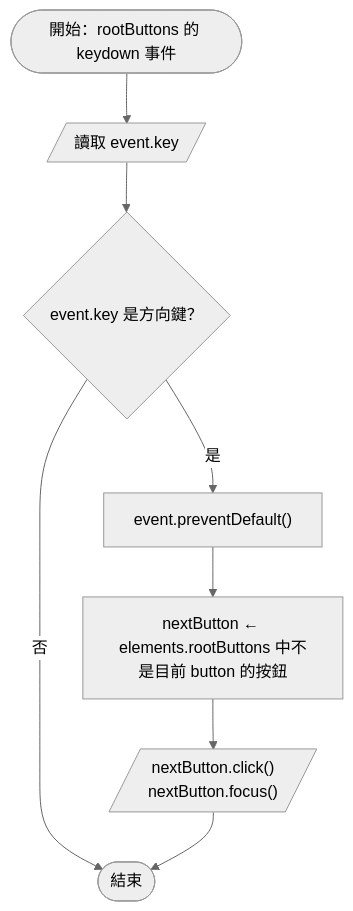
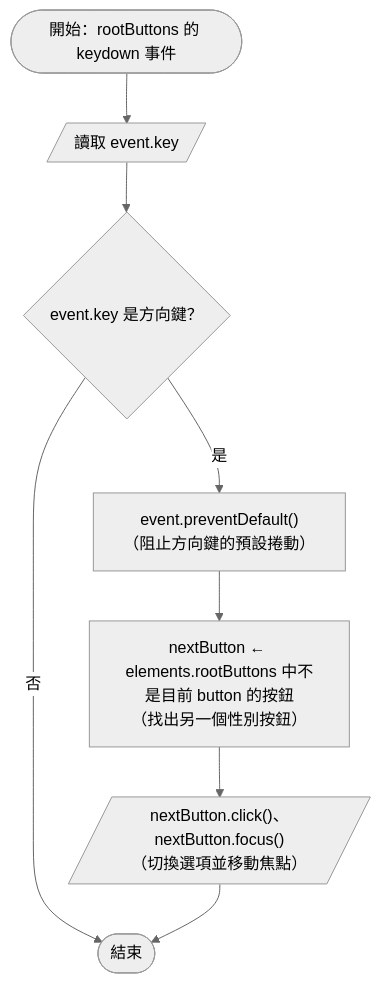
One commit to Chuen666666/hw3 changed the third of 29 diagrams in README.md. Above: the diagram before and after it, drawn with Mermaid (neutral theme). The commit also changed other lines of this file and 1 other file, not shown here.

Commit message:
補充流程圖程式碼中文說明

````diff
--- a/README.md
+++ b/README.md
@@ -30,10 +30,10 @@
 ```mermaid
 flowchart TD
     START(["開始：rootButtons 的 keydown 事件"]) --> READ[/"讀取 event.key"/]
     READ --> ARROW{"event.key 是方向鍵？"}
     ARROW -- "否" --> END(["結束"])
-    ARROW -- "是" --> PREVENT["event.preventDefault()"]
-    PREVENT --> FIND["nextButton ← elements.rootButtons 中不是目前 button 的按鈕"]
-    FIND --> OUTPUT[/"nextButton.click()<br/>nextButton.focus()"/]
+    ARROW -- "是" --> PREVENT["event.preventDefault()<br/>（阻止方向鍵的預設捲動）"]
+    PREVENT --> FIND["nextButton ← elements.rootButtons 中不是目前 button 的按鈕<br/>（找出另一個性別按鈕）"]
+    FIND --> OUTPUT[/"nextButton.click()、nextButton.focus()<br/>（切換選項並移動焦點）"/]
     OUTPUT --> END
 ```
````
